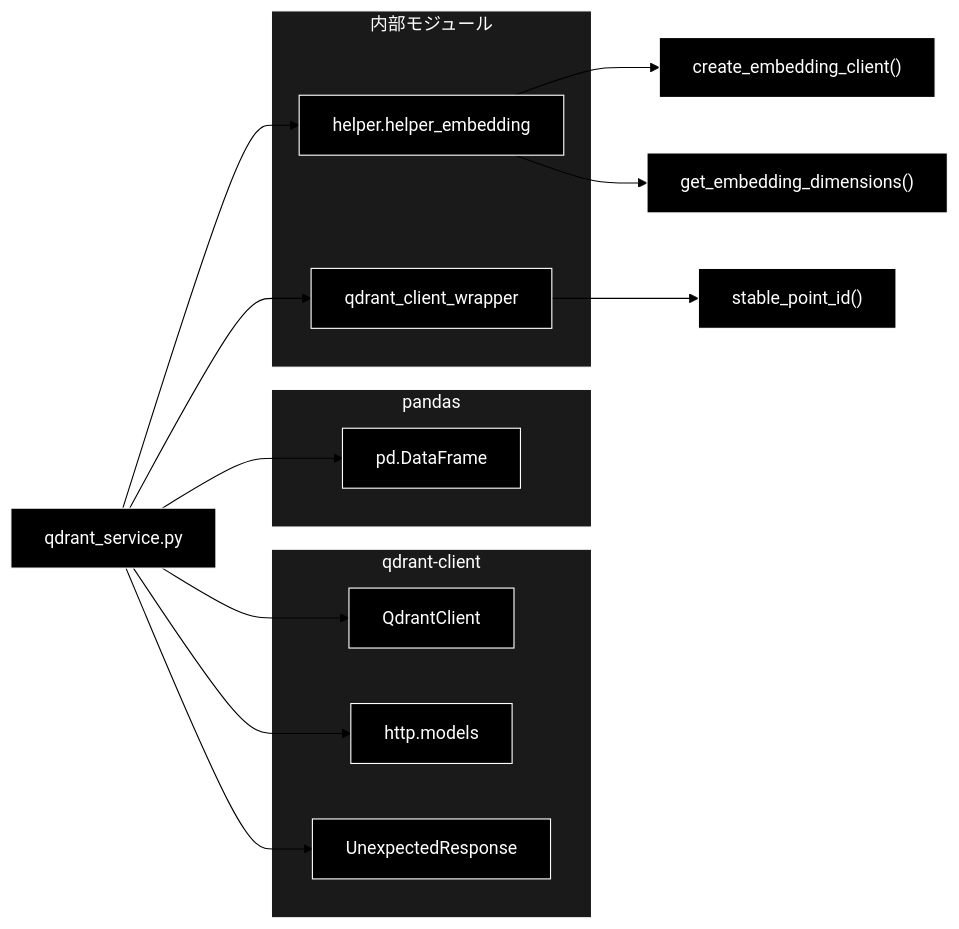
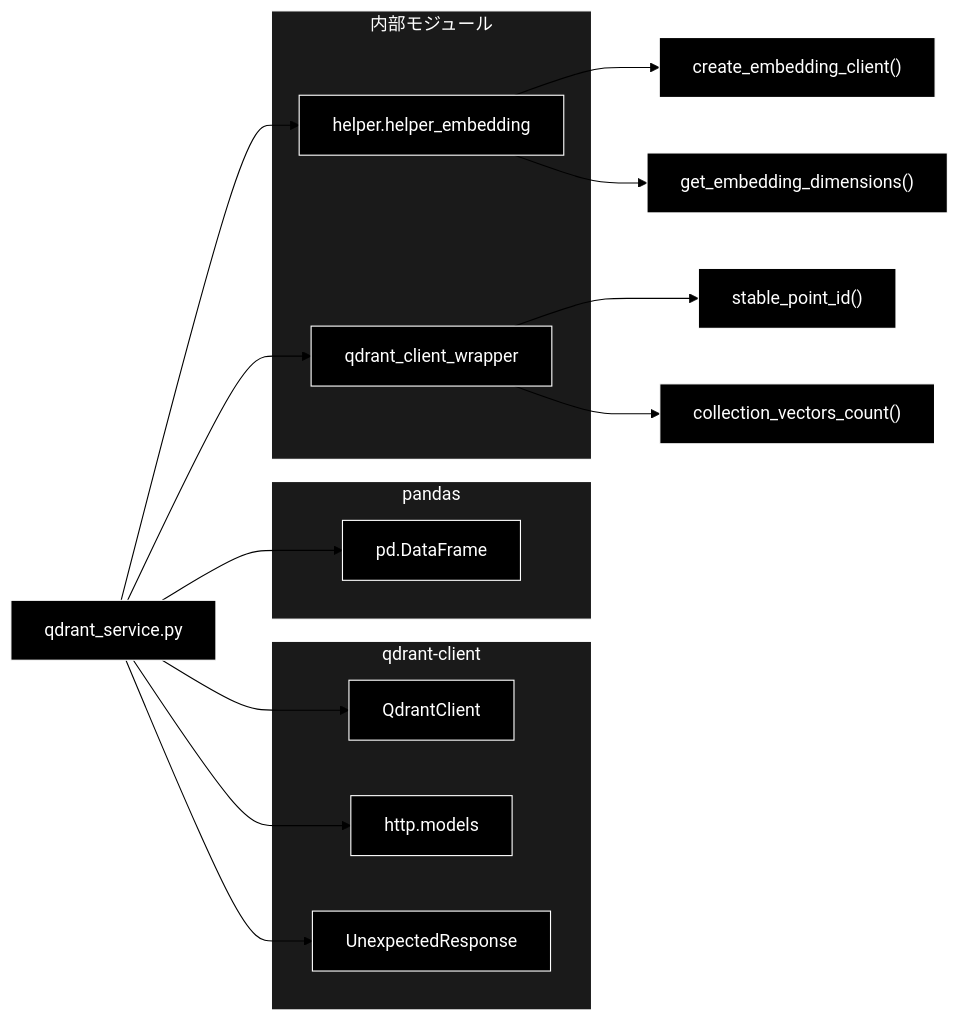
Before and after one commit to nakashima2toshio/grace_v2: the third of 3 diagrams in services/docs/qdrant_service.md, drawn with Mermaid (forest theme). The commit also changed other lines of this file and 5 other files, not shown here.

First line of the commit message:
fix(qdrant): CollectionInfo.vectors_count が無い qdrant-client でも件数を返す

````diff
--- a/services/docs/qdrant_service.md
+++ b/services/docs/qdrant_service.md
@@ -1667,36 +1678,37 @@
 ```mermaid
 flowchart LR
     MODULE["qdrant_service.py"]
 
     subgraph QDC["qdrant-client"]
         QC["QdrantClient"]
         MODELS["http.models"]
         EXC["UnexpectedResponse"]
     end
 
     subgraph PD["pandas"]
         DF["pd.DataFrame"]
     end
 
     subgraph INT["内部モジュール"]
         EMB["helper.helper_embedding"]
         WRAP["qdrant_client_wrapper"]
     end
 
     MODULE --> QC
     MODULE --> MODELS
     MODULE --> EXC
     MODULE --> DF
     MODULE --> EMB
     MODULE --> WRAP
 
     EMB --> E1["create_embedding_client()"]
     EMB --> E2["get_embedding_dimensions()"]
     WRAP --> W1["stable_point_id()"]
+    WRAP --> W2["collection_vectors_count()"]
 classDef default fill:#000,stroke:#fff,color:#fff
 classDef subgraphStyle fill:#1a1a1a,stroke:#fff,color:#fff
-class MODULE,QC,MODELS,EXC,DF,EMB,WRAP,E1,E2,W1 default
+class MODULE,QC,MODELS,EXC,DF,EMB,WRAP,E1,E2,W1,W2 default
 style QDC fill:#1a1a1a,stroke:#fff,color:#fff
 style PD fill:#1a1a1a,stroke:#fff,color:#fff
 style INT fill:#1a1a1a,stroke:#fff,color:#fff
 ```
````
